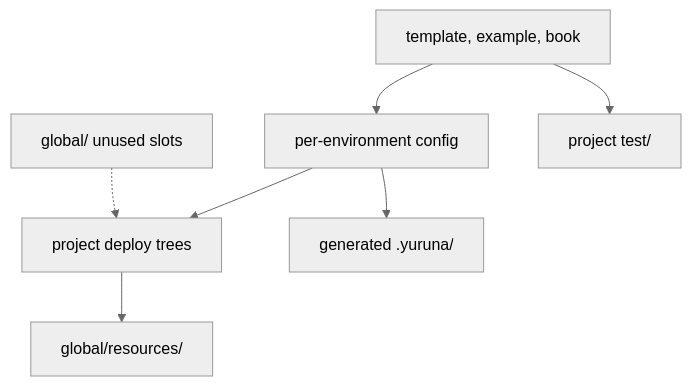
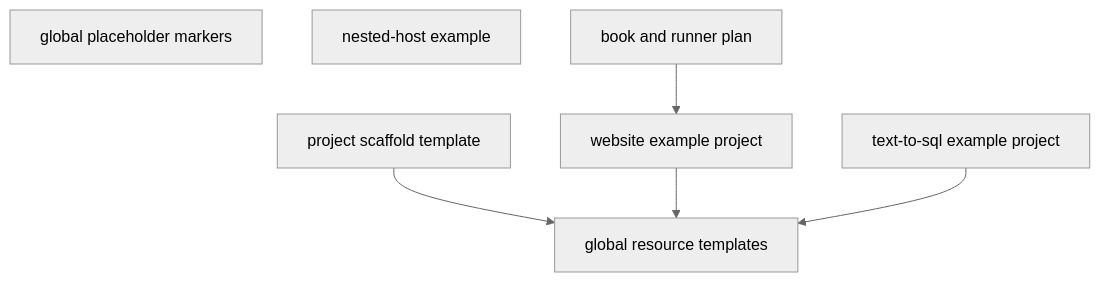
Before and after one commit to alissonsol/yuruna: the second of 7 diagrams in docs/design/02-component-breakdown.md, drawn with Mermaid (neutral theme). The commit also changed other lines of this file and 752 other files, not shown here.

````diff
--- a/docs/design/02-component-breakdown.md
+++ b/docs/design/02-component-breakdown.md
@@ -158,18 +170,15 @@
 ```mermaid
 flowchart TD
-    global-resources["global/resources/"]
-    global-placeholders["global/ unused slots"]
-    shipped-projects["template, example, book"]
-    project-config["per-environment config"]
-    project-trees["project deploy trees"]
-    project-test["project test/"]
-    project-work["generated .yuruna/"]
+    global-resources["global resource templates"]
+    global-placeholders["global placeholder markers"]
+    project-template["project scaffold template"]
+    example-website["website example project"]
+    example-text-to-sql["text-to-sql example project"]
+    example-nested-host["nested-host example"]
+    book-and-runner-plan["book and runner plan"]
 
-    shipped-projects --> project-config
-    shipped-projects --> project-test
-    project-config --> project-trees
-    project-config --> project-work
-    project-trees --> global-resources
-    global-placeholders -.-> project-trees
-    %% planned: no global fallback is implemented for components or workloads
+    project-template --> global-resources
+    example-website --> global-resources
+    example-text-to-sql --> global-resources
+    book-and-runner-plan --> example-website
 ```
````
